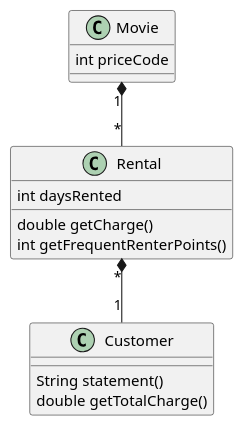
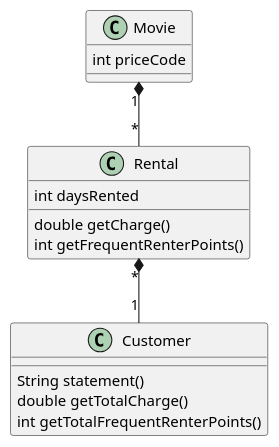
Before and after one commit to rony76/martin-fowler-example: the diagram in src/main/resources/MovieRentalCustomer.puml, drawn with PlantUML. The commit also changed 1 other file, not shown here.

Commit message:
Extract Method, Replace Temp With Query: getTotalFrequentRenterPoints

```diff
--- a/src/main/resources/MovieRentalCustomer.puml
+++ b/src/main/resources/MovieRentalCustomer.puml
@@ -1,21 +1,22 @@
 @startuml
 
 Movie "1" *-- "*" Rental
 Rental "*" *-- "1" Customer
 
 class Movie {
     int priceCode
 }
 
 class Rental {
     int daysRented
     double getCharge()
     int getFrequentRenterPoints()
 }
 
 class Customer {
     String statement()
     double getTotalCharge()
+    int getTotalFrequentRenterPoints()
 }
 
 @enduml
```
